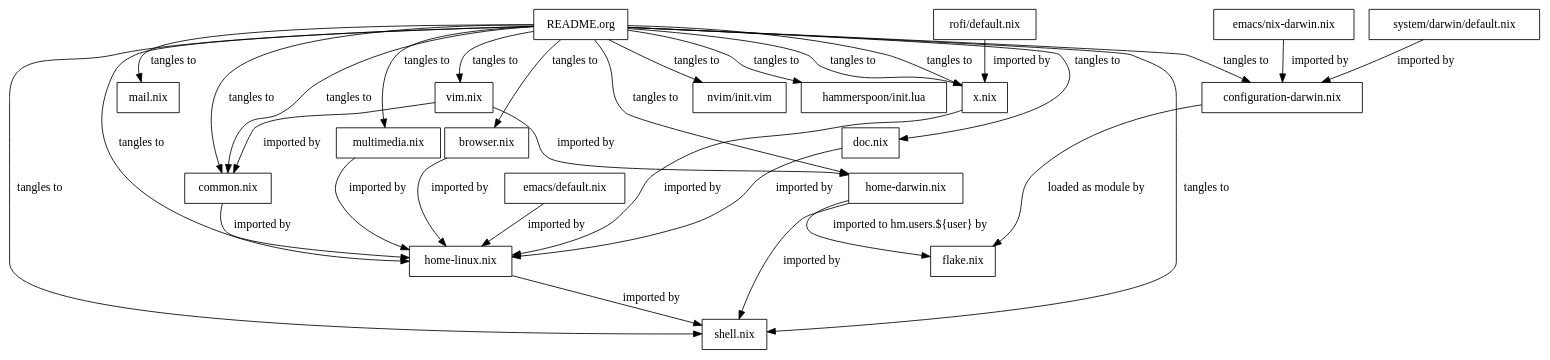
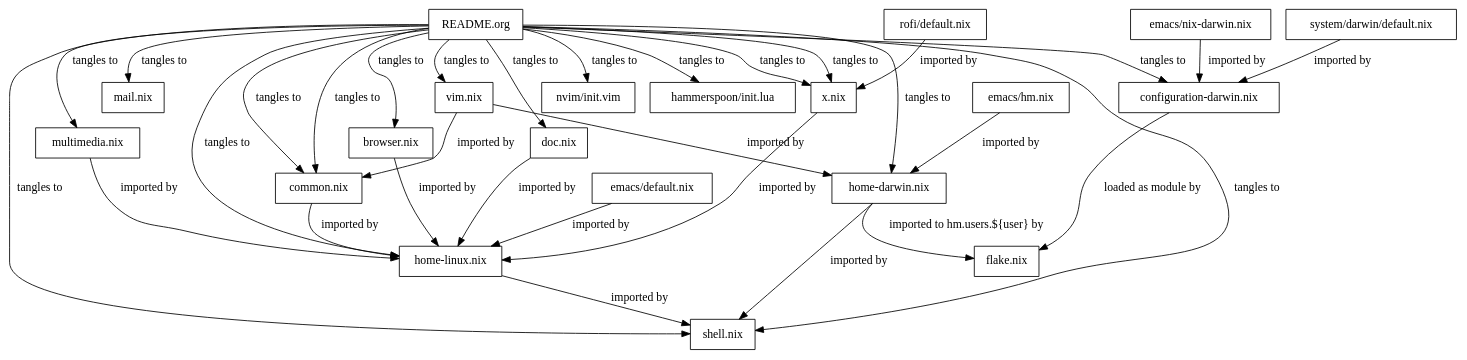
Before and after one commit to vidbina/dotfiles: the diagram in README.org, drawn with Graphviz. The commit also changed 4 other files, not shown here.

Commit message:
doc: update diagrams and include emacs/hm.nix

```diff
--- a/README.org
+++ b/README.org
@@ -22,71 +22,73 @@
 #+begin_src dot :file doc/sys-conf-setup.png :exports results
 digraph G {
   node_this [shape=box, label="README.org"]
 
   // not defined in this file but referenced here
   node_emacs_nix_darwin_nix [shape=box, label="emacs/nix-darwin.nix"]
+  node_emacs_hm_nix [shape=box, label="emacs/hm.nix"]
   node_emacs_default_nix [shape=box, label="emacs/default.nix"]
   node_rofi_default_nix [shape=box, label="rofi/default.nix"]
   node_system_darwin_default_nix [shape=box, label="system/darwin/default.nix"]
   node_flake_nix [shape=box, label="flake.nix"]
 
   // defined in this file
   node_common_nix [shape=box, label="common.nix"]
   node_shell_nix [shape=box, label="shell.nix"]
   node_x_nix [shape=box, label="x.nix"]
   node_mail_nix [shape=box, label="mail.nix"]
   node_vim_nix [shape=box, label="vim.nix"]
   node_multimedia_nix [shape=box, label="multimedia.nix"]
   node_browser_nix [shape=box, label="browser.nix"]
   node_doc_nix [shape=box, label="doc.nix"]
 
   node_home_darwin_nix [shape=box, label="home-darwin.nix"]
   node_home_linux_nix [shape=box, label="home-linux.nix"]
   node_configuration_darwin_nix [shape=box, label="configuration-darwin.nix"]
 
   node_nvim_init_vim [shape=box, label="nvim/init.vim"]
   node_hammerspoon_init_lua [shape=box, label="hammerspoon/init.lua"]
 
   node_this -> node_common_nix [label="tangles to"]
   node_this -> node_shell_nix [label="tangles to"]
   node_this -> node_x_nix [label="tangles to"]
   node_this -> node_common_nix [label="tangles to"]
   node_this -> node_shell_nix [label="tangles to"]
   node_this -> node_x_nix [label="tangles to"]
   node_this -> node_mail_nix [label="tangles to"]
   node_this -> node_vim_nix [label="tangles to"]
   node_this -> node_multimedia_nix [label="tangles to"]
   node_this -> node_browser_nix [label="tangles to"]
   node_this -> node_doc_nix [label="tangles to"]
   node_this -> node_home_darwin_nix [label="tangles to"]
   node_this -> node_home_linux_nix [label="tangles to"]
   node_this -> node_nvim_init_vim [label="tangles to"]
   node_this -> node_hammerspoon_init_lua [label="tangles to"]
   node_this -> node_configuration_darwin_nix [label="tangles to"]
 
   node_vim_nix -> node_common_nix [label="imported by"]
 
   node_vim_nix -> node_home_darwin_nix [label="imported by"]
+  node_emacs_hm_nix -> node_home_darwin_nix [label="imported by"]
 
   node_common_nix -> node_home_linux_nix [label="imported by"]
   node_doc_nix -> node_home_linux_nix [label="imported by"]
   node_browser_nix -> node_home_linux_nix [label="imported by"]
   node_x_nix -> node_home_linux_nix [label="imported by"]
   node_multimedia_nix -> node_home_linux_nix [label="imported by"]
   node_emacs_default_nix -> node_home_linux_nix [label="imported by"]
 
   node_rofi_default_nix -> node_x_nix [label="imported by"]
 
   node_emacs_nix_darwin_nix -> node_configuration_darwin_nix [label="imported by"]
   node_system_darwin_default_nix -> node_configuration_darwin_nix [label="imported by"]
 
   node_home_linux_nix -> node_shell_nix [label="imported by"]
   node_home_darwin_nix -> node_shell_nix [label="imported by"]
 
   node_configuration_darwin_nix -> node_flake_nix [label="loaded as module by"]
   node_home_darwin_nix -> node_flake_nix [label="imported to hm.users.${user} by"]
   // node_this -> node_default_nix [label="tangles to", style=dotted]
   // node_this -> node_default_darwin_nix [label="tangles to", style=dotted]
   // node_personal_example -> node_personal [style=dotted]
 }
 #+end_src
```
